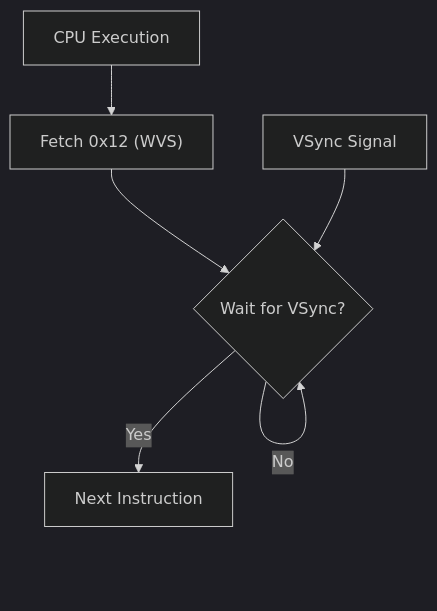
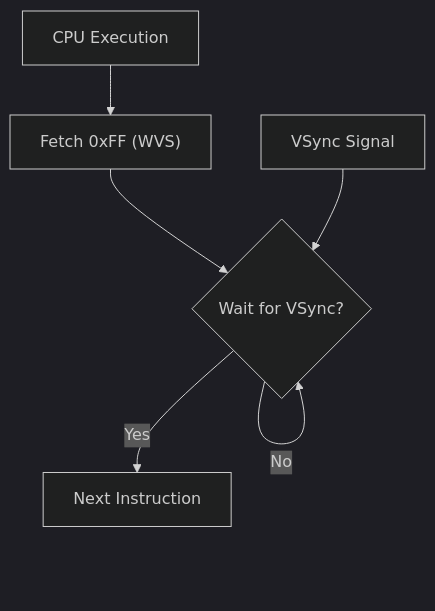
Before and after one commit to sokoide/tangnano_6502_cpu: the diagram in day18/README.md, drawn with Mermaid (dark theme). The commit also changed other lines of this file and 183 other files, not shown here.

````diff
--- a/day18/README.md
+++ b/day18/README.md
@@ -26,8 +26,8 @@
 ```mermaid
 graph TD
-    CPU[CPU Execution] --> Fetch["Fetch 0x12 (WVS)"]
+    CPU[CPU Execution] --> Fetch["Fetch 0xFF (WVS)"]
     Fetch --> Wait{Wait for VSync?}
     VSync[VSync Signal] --> Wait
     Wait -- No --> Wait
     Wait -- Yes --> Next[Next Instruction]
 ```
````
